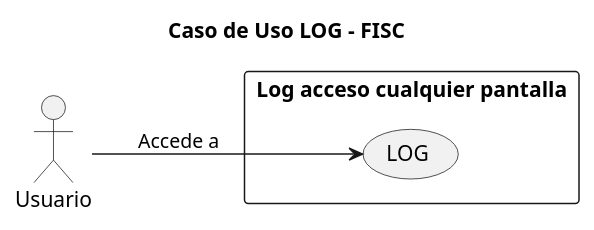
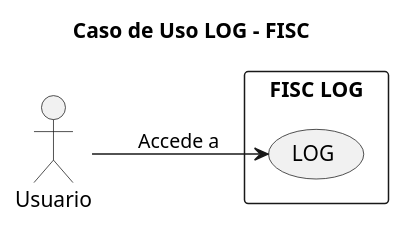
Before and after one commit to mmasias/23-24-IdSw1-SDR: the diagram in casosDeUso/casoUsoLog.puml, drawn with PlantUML. The commit also changed 1 other file, not shown here.

```diff
--- a/casosDeUso/casoUsoLog.puml
+++ b/casosDeUso/casoUsoLog.puml
@@ -1,16 +1,16 @@
 @startuml
 title Caso de Uso LOG - FISC
 
 left to right direction
 
 actor Usuario as user
 
 
-rectangle "Log acceso cualquier pantalla" {
+rectangle "FISC LOG" {
     usecase "LOG" as log
 
 }
 
 user --> log: "Accede a"
 
 @enduml
```
